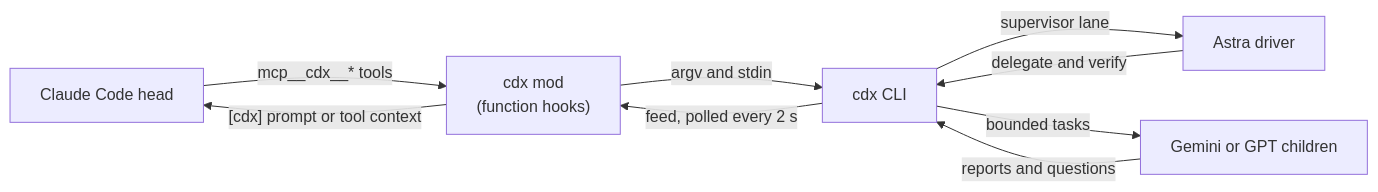
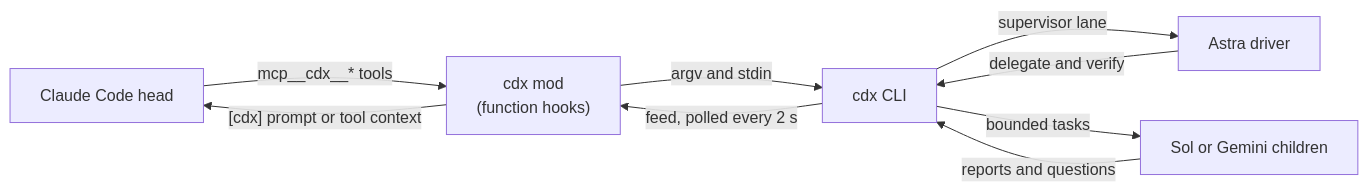
Before and after one commit to RedesignedRobot/cdx: the second of 2 diagrams in README.md, drawn with Mermaid. The commit also changed other lines of this file and 17 other files, not shown here.

First line of the commit message:
cdx 9.0.0: GPT-6 Sol executes, Astra thinks; Codex 0.156 and agy 1.2.8 fixes

````diff
--- a/README.md
+++ b/README.md
@@ -146,11 +146,11 @@
 ```mermaid
 flowchart LR
     head["Claude Code head"] -->|"mcp__cdx__* tools"| mod["cdx mod<br/>(function hooks)"]
     mod -->|argv and stdin| cdx["cdx CLI"]
     cdx -->|supervisor lane| astra["Astra driver"]
     astra -->|delegate and verify| cdx
-    cdx -->|bounded tasks| children["Gemini or GPT children"]
+    cdx -->|bounded tasks| children["Sol or Gemini children"]
     children -->|reports and questions| cdx
     cdx -->|"feed, polled every 2 s"| mod
     mod -->|"[cdx] prompt or tool context"| head
 ```
````
